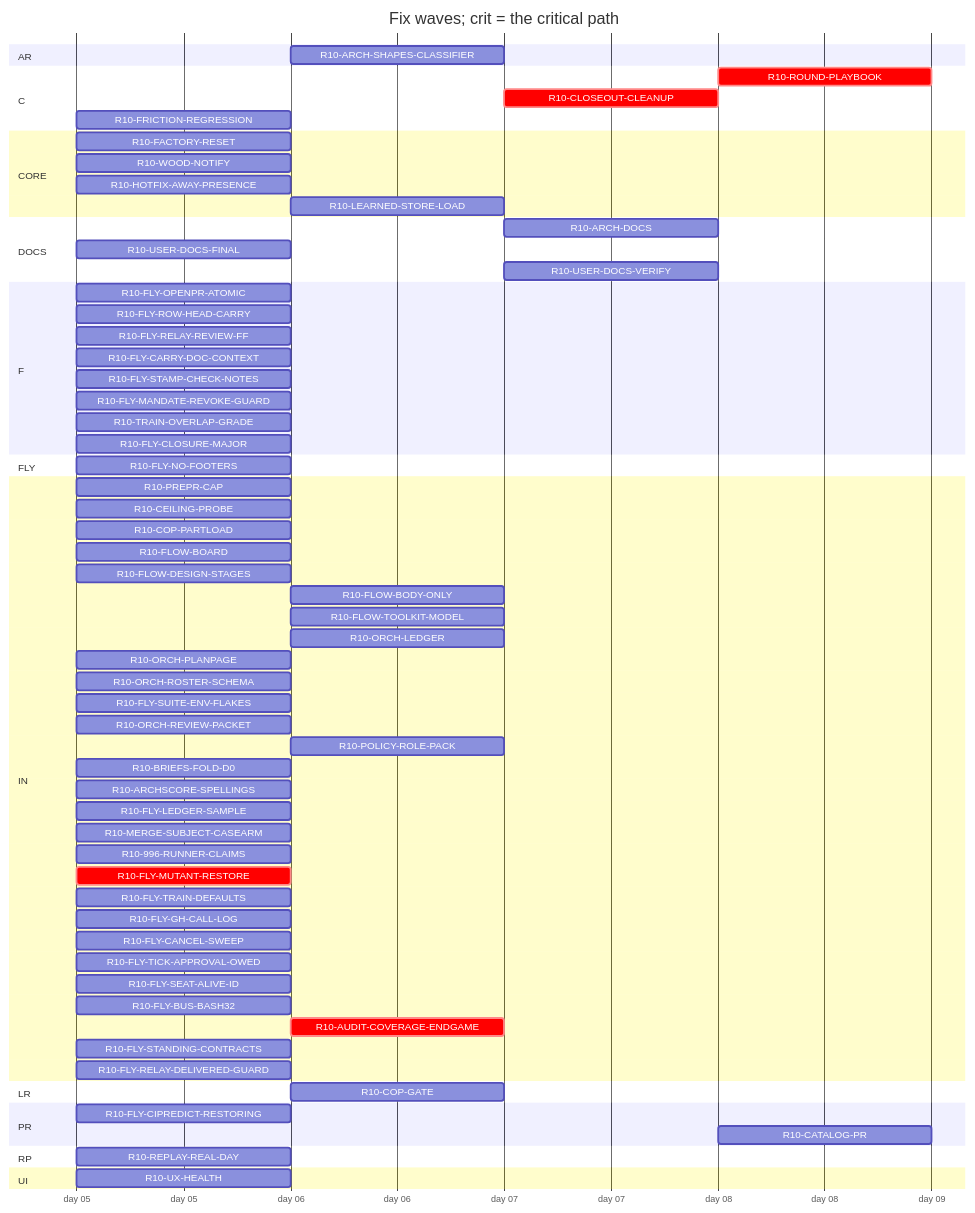
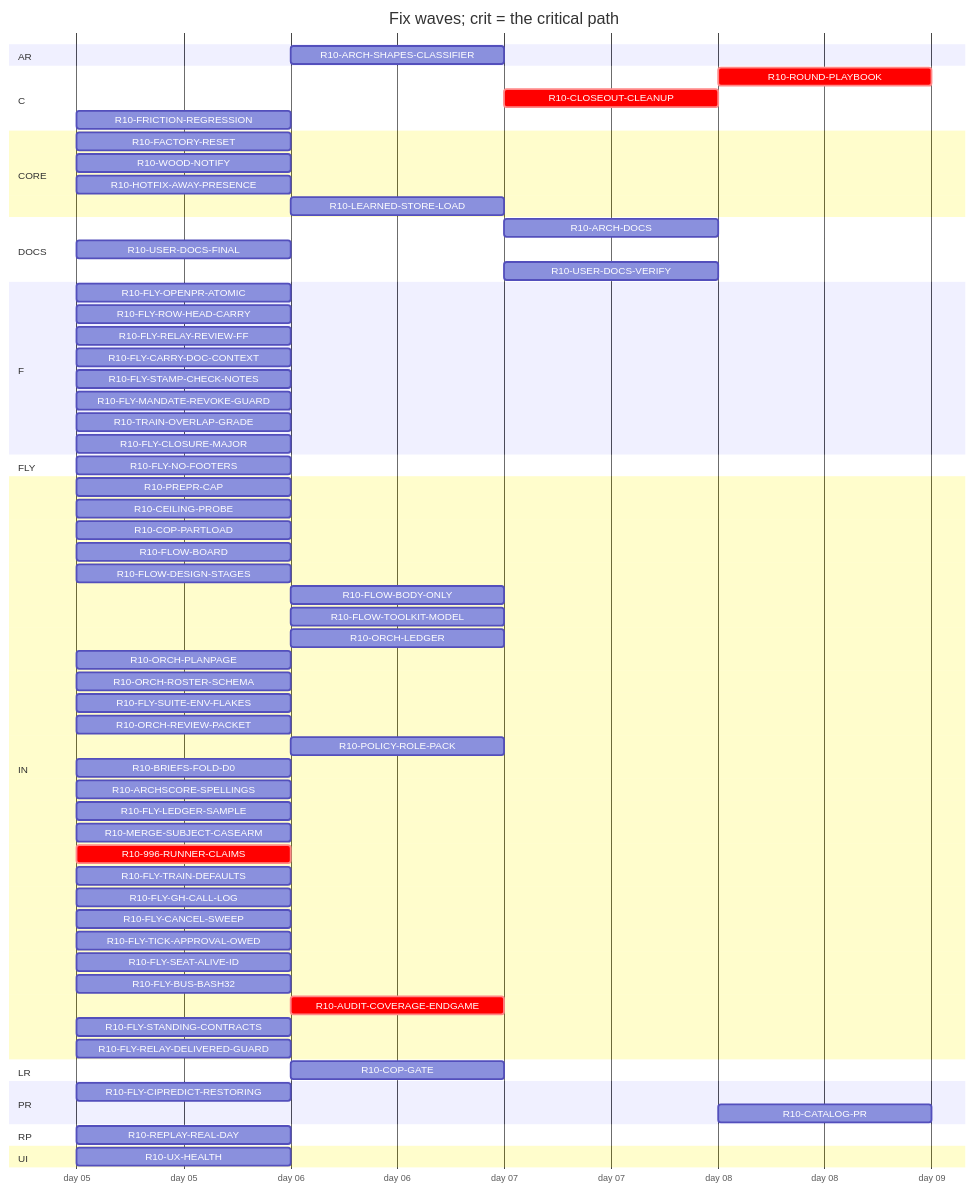
The diagram in handoff/round10/state/PLAN-TABLE.md (tvofi/heatpump_optimizer), drawn with Mermaid before and after one commit. The commit also changed other lines of this file and 3 other files, not shown here.

Commit message:
state: FLOW-BOARD.md, NEXT-SESSION-PROMPT.md, PLAN-TABLE.md, RESUME-CURRENT.md regenerated (state_docs.py)

````diff
--- a/handoff/round10/state/PLAN-TABLE.md
+++ b/handoff/round10/state/PLAN-TABLE.md
@@ -24,70 +24,69 @@
 ```mermaid
 gantt
   title Fix waves; crit = the critical path
   dateFormat YYYY-MM-DD
   axisFormat day %d
   section AR
     R10-ARCH-SHAPES-CLASSIFIER :r10ARCHSHAPESCLASSIFIER, after r10996RUNNERCLAIMS, 1d
   section C
     R10-ROUND-PLAYBOOK :crit, r10ROUNDPLAYBOOK, after r10ORCHLEDGER r10ORCHPLANPAGE r10FLYRELAYREVIEWFF r10FLOWBODYONLY r10AUDITCOVERAGEENDGAME r10FLOWDESIGNSTAGES r10ORCHROSTERSCHEMA r10FLOWTOOLKITMODEL r10TRAINOVERLAPGRADE r10FLYTRAINDEFAULTS r10FLYCANCELSWEEP r10POLICYROLEPACK r10ORCHREVIEWPACKET r10FLOWBOARD r10CLOSEOUTCLEANUP, 1d
     R10-CLOSEOUT-CLEANUP :crit, r10CLOSEOUTCLEANUP, after r10AUDITCOVERAGEENDGAME, 1d
     R10-FRICTION-REGRESSION :r10FRICTIONREGRESSION, 2026-01-05, 1d
   section CORE
     R10-FACTORY-RESET :r10FACTORYRESET, 2026-01-05, 1d
     R10-WOOD-NOTIFY :r10WOODNOTIFY, 2026-01-05, 1d
     R10-HOTFIX-AWAY-PRESENCE :r10HOTFIXAWAYPRESENCE, 2026-01-05, 1d
     R10-LEARNED-STORE-LOAD :r10LEARNEDSTORELOAD, after r10FACTORYRESET, 1d
   section DOCS
     R10-ARCH-DOCS :r10ARCHDOCS, after r10COPGATE r10UXHEALTH r10CEILINGPROBE r10COPPARTLOAD r10FLOWBOARD r10FLOWDESIGNSTAGES r10FLOWBODYONLY r10FLYOPENPRATOMIC r10FLYROWHEADCARRY r10FLYRELAYREVIEWFF r10FLYCARRYDOCCONTEXT r10FLOWTOOLKITMODEL r10FLYSTAMPCHECKNOTES r10FLYMANDATEREVOKEGUARD r10TRAINOVERLAPGRADE r10FLYSUITEENVFLAKES r10ORCHLEDGER r10ORCHPLANPAGE r10ORCHROSTERSCHEMA r10ORCHREVIEWPACKET r10POLICYROLEPACK r10BRIEFSFOLDD0 r10REPLAYREALDAY r10ARCHSCORESPELLINGS r10FLYLEDGERSAMPLE, 1d
     R10-USER-DOCS-FINAL :r10USERDOCSFINAL, 2026-01-05, 1d
     R10-USER-DOCS-VERIFY :r10USERDOCSVERIFY, after r10COPGATE r10UXHEALTH r10CEILINGPROBE r10COPPARTLOAD r10FACTORYRESET r10WOODNOTIFY r10USERDOCSFINAL r10ARCHSHAPESCLASSIFIER r10HOTFIXAWAYPRESENCE, 1d
   section F
     R10-FLY-OPENPR-ATOMIC :r10FLYOPENPRATOMIC, 2026-01-05, 1d
     R10-FLY-ROW-HEAD-CARRY :r10FLYROWHEADCARRY, 2026-01-05, 1d
     R10-FLY-RELAY-REVIEW-FF :r10FLYRELAYREVIEWFF, 2026-01-05, 1d
     R10-FLY-CARRY-DOC-CONTEXT :r10FLYCARRYDOCCONTEXT, 2026-01-05, 1d
     R10-FLY-STAMP-CHECK-NOTES :r10FLYSTAMPCHECKNOTES, 2026-01-05, 1d
     R10-FLY-MANDATE-REVOKE-GUARD :r10FLYMANDATEREVOKEGUARD, 2026-01-05, 1d
     R10-TRAIN-OVERLAP-GRADE :r10TRAINOVERLAPGRADE, 2026-01-05, 1d
     R10-FLY-CLOSURE-MAJOR :r10FLYCLOSUREMAJOR, 2026-01-05, 1d
   section FLY
     R10-FLY-NO-FOOTERS :r10FLYNOFOOTERS, 2026-01-05, 1d
   section IN
     R10-PREPR-CAP :r10PREPRCAP, 2026-01-05, 1d
     R10-CEILING-PROBE :r10CEILINGPROBE, 2026-01-05, 1d
     R10-COP-PARTLOAD :r10COPPARTLOAD, 2026-01-05, 1d
     R10-FLOW-BOARD :r10FLOWBOARD, 2026-01-05, 1d
     R10-FLOW-DESIGN-STAGES :r10FLOWDESIGNSTAGES, 2026-01-05, 1d
     R10-FLOW-BODY-ONLY :r10FLOWBODYONLY, after r10FLYOPENPRATOMIC, 1d
     R10-FLOW-TOOLKIT-MODEL :r10FLOWTOOLKITMODEL, after r10ORCHPLANPAGE r10FLYCANCELSWEEP, 1d
     R10-ORCH-LEDGER :r10ORCHLEDGER, after r10FLYCANCELSWEEP, 1d
     R10-ORCH-PLANPAGE :r10ORCHPLANPAGE, 2026-01-05, 1d
     R10-ORCH-ROSTER-SCHEMA :r10ORCHROSTERSCHEMA, 2026-01-05, 1d
     R10-FLY-SUITE-ENV-FLAKES :r10FLYSUITEENVFLAKES, 2026-01-05, 1d
     R10-ORCH-REVIEW-PACKET :r10ORCHREVIEWPACKET, 2026-01-05, 1d
     R10-POLICY-ROLE-PACK :r10POLICYROLEPACK, after r10FLOWDESIGNSTAGES, 1d
     R10-BRIEFS-FOLD-D0 :r10BRIEFSFOLDD0, 2026-01-05, 1d
     R10-ARCHSCORE-SPELLINGS :r10ARCHSCORESPELLINGS, 2026-01-05, 1d
     R10-FLY-LEDGER-SAMPLE :r10FLYLEDGERSAMPLE, 2026-01-05, 1d
     R10-MERGE-SUBJECT-CASEARM :r10MERGESUBJECTCASEARM, 2026-01-05, 1d
-    R10-996-RUNNER-CLAIMS :r10996RUNNERCLAIMS, 2026-01-05, 1d
-    R10-FLY-MUTANT-RESTORE :crit, r10FLYMUTANTRESTORE, 2026-01-05, 1d
+    R10-996-RUNNER-CLAIMS :crit, r10996RUNNERCLAIMS, 2026-01-05, 1d
     R10-FLY-TRAIN-DEFAULTS :r10FLYTRAINDEFAULTS, 2026-01-05, 1d
     R10-FLY-GH-CALL-LOG :r10FLYGHCALLLOG, 2026-01-05, 1d
     R10-FLY-CANCEL-SWEEP :r10FLYCANCELSWEEP, 2026-01-05, 1d
     R10-FLY-TICK-APPROVAL-OWED :r10FLYTICKAPPROVALOWED, 2026-01-05, 1d
     R10-FLY-SEAT-ALIVE-ID :r10FLYSEATALIVEID, 2026-01-05, 1d
     R10-FLY-BUS-BASH32 :r10FLYBUSBASH32, 2026-01-05, 1d
-    R10-AUDIT-COVERAGE-ENDGAME :crit, r10AUDITCOVERAGEENDGAME, after r10FLYMUTANTRESTORE r10996RUNNERCLAIMS, 1d
+    R10-AUDIT-COVERAGE-ENDGAME :crit, r10AUDITCOVERAGEENDGAME, after r10996RUNNERCLAIMS, 1d
     R10-FLY-STANDING-CONTRACTS :r10FLYSTANDINGCONTRACTS, 2026-01-05, 1d
     R10-FLY-RELAY-DELIVERED-GUARD :r10FLYRELAYDELIVEREDGUARD, 2026-01-05, 1d
   section LR
     R10-COP-GATE :r10COPGATE, after r10CEILINGPROBE, 1d
   section PR
     R10-FLY-CIPREDICT-RESTORING :r10FLYCIPREDICTRESTORING, 2026-01-05, 1d
     R10-CATALOG-PR :r10CATALOGPR, after r10USERDOCSVERIFY r10AUDITCOVERAGEENDGAME, 1d
   section RP
     R10-REPLAY-REAL-DAY :r10REPLAYREALDAY, 2026-01-05, 1d
   section UI
     R10-UX-HEALTH :r10UXHEALTH, 2026-01-05, 1d
 ```
````
